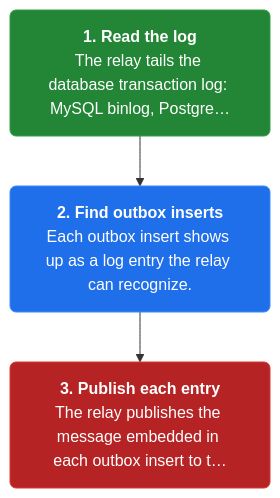
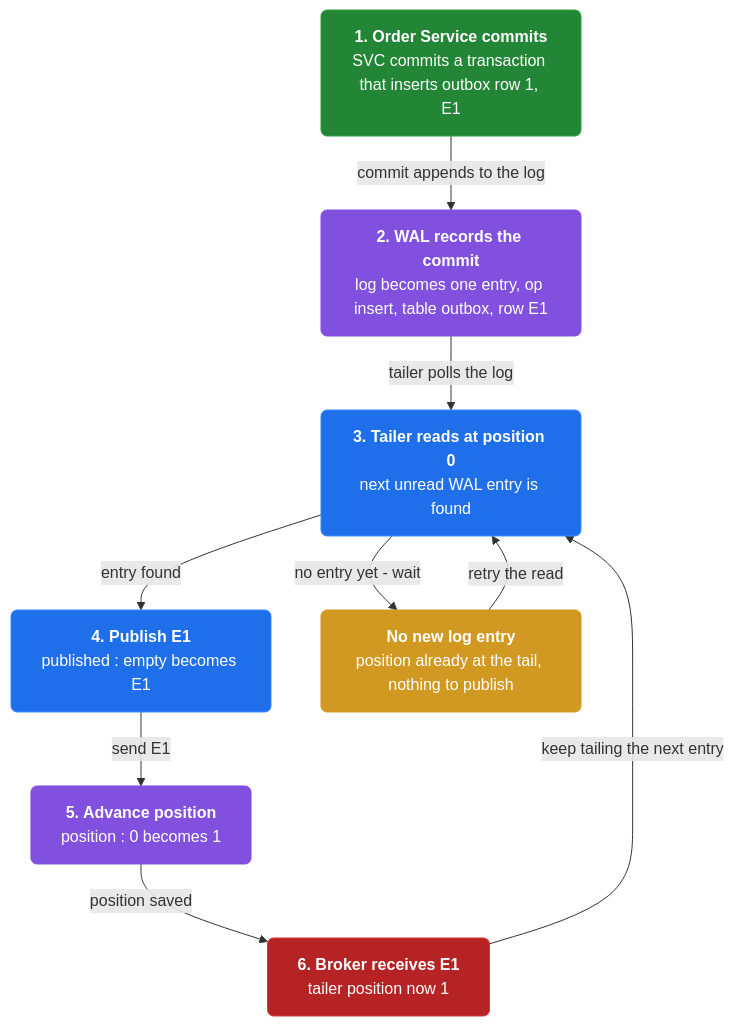
Before and after one commit to vinayakuber/microservices-io-study-guide: the first of 3 diagrams in docs/ch13-transaction-log-tailing.md, drawn with Mermaid. The commit also changed other lines of this file and 46 other files, not shown here.

First line of the commit message:
Author rich branching flow diagrams for all 44 chapters

````diff
--- a/docs/ch13-transaction-log-tailing.md
+++ b/docs/ch13-transaction-log-tailing.md
@@ -13,11 +13,23 @@
 ```mermaid
 flowchart TD
-  classDef step fill:#1f6feb,color:#ffffff,stroke:#388bfd,stroke-width:1px,rx:6
+  classDef step fill:#1f6feb,color:#ffffff,stroke:#388bfd,rx:6
+  classDef core fill:#8250df,color:#ffffff,stroke:#8250df,rx:6
+  classDef warn fill:#d29922,color:#ffffff,stroke:#d29922,rx:6
   classDef start fill:#238636,color:#ffffff,stroke:#2ea043,rx:6
   classDef stop fill:#b62324,color:#ffffff,stroke:#da3633,rx:6
-  s0n0["<b>1. Read the log</b><br/>The relay tails the database transaction log: MySQL binlog, Postgre…"]:::start
-  s0n1["<b>2. Find outbox inserts</b><br/>Each outbox insert shows up as a log entry the relay can recognize."]:::step
-  s0n2["<b>3. Publish each entry</b><br/>The relay publishes the message embedded in each outbox insert to t…"]:::stop
-  s0n0 --> s0n1
-  s0n1 --> s0n2
+  n0["<b>1. Order Service commits</b><br/>SVC commits a transaction that inserts outbox row 1, E1"]:::start
+  n1["<b>2. WAL records the commit</b><br/>log becomes one entry, op insert, table outbox, row E1"]:::core
+  n2["<b>3. Tailer reads at position 0</b><br/>next unread WAL entry is found"]:::step
+  n3["<b>4. Publish E1</b><br/>published : empty becomes E1"]:::step
+  n4["<b>5. Advance position</b><br/>position : 0 becomes 1"]:::core
+  n5["<b>6. Broker receives E1</b><br/>tailer position now 1"]:::stop
+  n6["<b>No new log entry</b><br/>position already at the tail, nothing to publish"]:::warn
+  n0 -->|"commit appends to the log"| n1
+  n1 -->|"tailer polls the log"| n2
+  n2 -->|"entry found"| n3
+  n2 -->|"no entry yet - wait"| n6
+  n3 -->|"send E1"| n4
+  n4 -->|"position saved"| n5
+  n5 -->|"keep tailing the next entry"| n2
+  n6 -->|"retry the read"| n2
 ```
````
